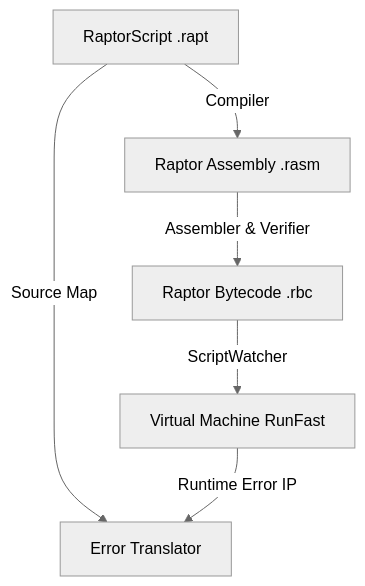
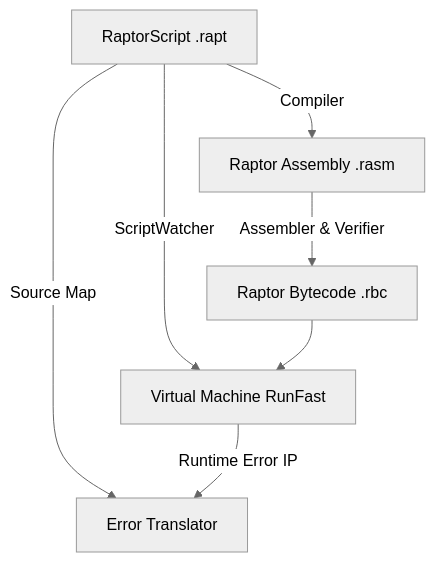
Before and after one commit to InfiniteFightingGhost/RegisterBasedVM: the diagram in README.md, drawn with Mermaid (neutral theme). The commit also changed other lines of this file and 4 other files, not shown here.

````diff
--- a/README.md
+++ b/README.md
@@ -68,8 +68,9 @@
 ```mermaid
 graph TD
     A[RaptorScript .rapt] -->|Compiler| B[Raptor Assembly .rasm]
     A -->|Source Map| E[Error Translator]
+    A -->|ScriptWatcher| D[Virtual Machine RunFast]
     B -->|Assembler & Verifier| C[Raptor Bytecode .rbc]
-    C -->|ScriptWatcher| D[Virtual Machine RunFast]
+    C --> D
     D -->|Runtime Error IP| E
 ```
````
